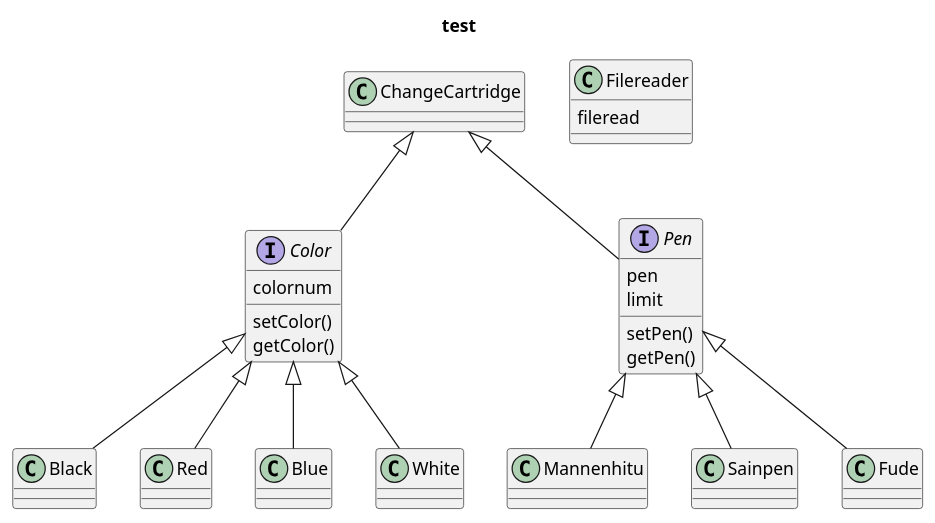
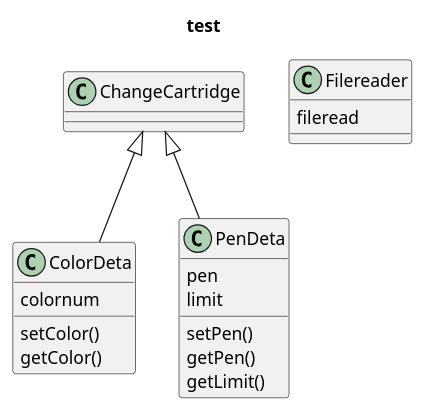
The diagram in 12/test2.wsd (m4s4y4/9-), drawn with PlantUML before and after one commit. The commit also changed 3 other files, not shown here.

```diff
--- a/12/test2.wsd
+++ b/12/test2.wsd
@@ -1,45 +1,31 @@
 @startuml
 title test
-ChangeCartridge <|-- Color
-ChangeCartridge <|-- Pen
+ChangeCartridge <|-- ColorDeta
+ChangeCartridge <|-- PenDeta
 
-Pen <|-- Mannenhitu
-Pen <|-- Sainpen
-Pen <|-- Fude
-interface Pen{
+class PenDeta{
     pen
     limit
 
     setPen()
     getPen()
+    getLimit()
 }
-class Mannenhitu
-class Sainpen
-class Fude
 
-Color <|-- Black
-Color <|-- Red
-Color <|-- Blue
-Color <|-- White
-
-interface Color{
+class ColorDeta{
     colornum
 
     setColor()
     getColor()
 }
-class Black
-class Red
-class Blue
-class White
 
 class ChangeCartridge{
-    
+
 
 }
 
 class Filereader{
     fileread
 }
 
 @enduml
```
